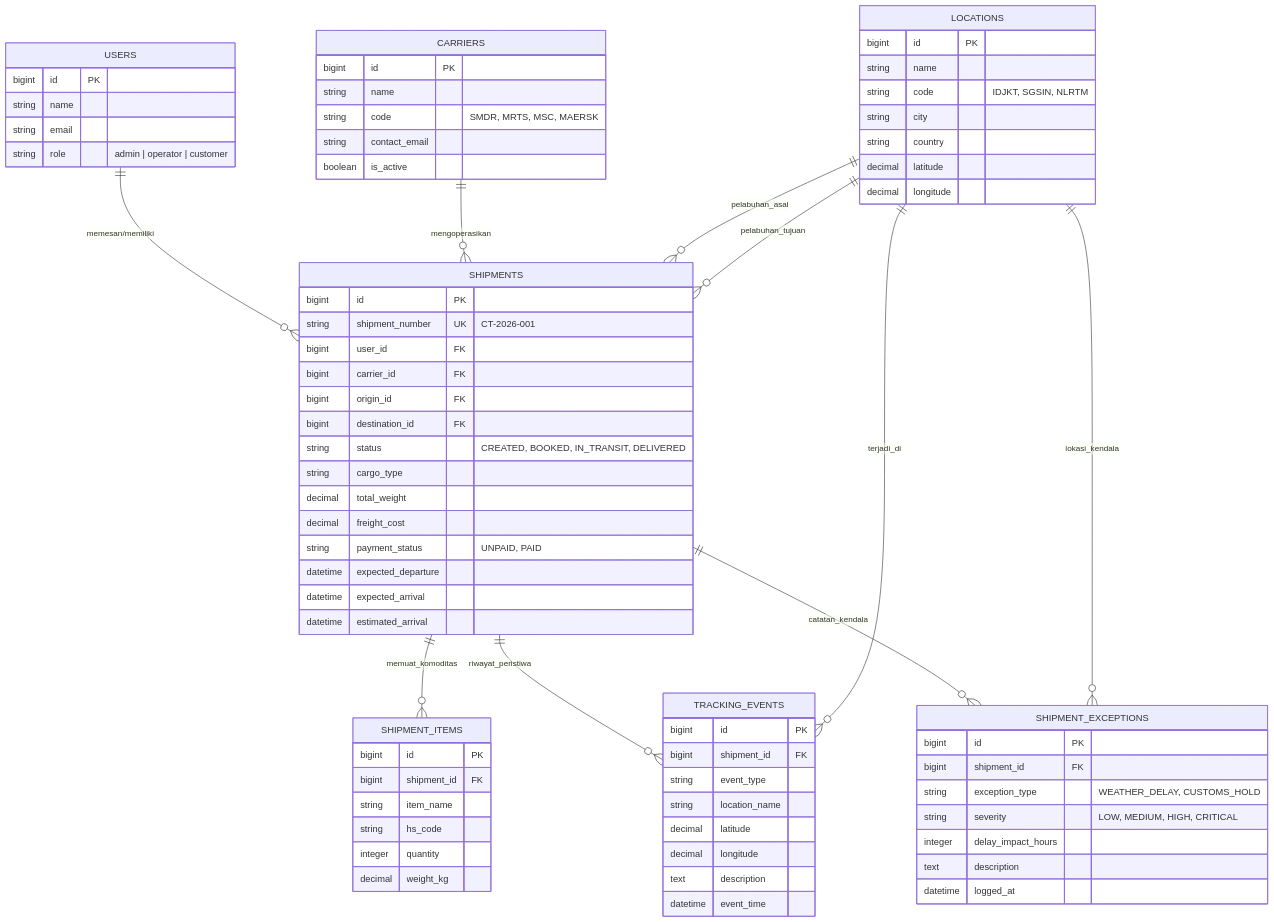
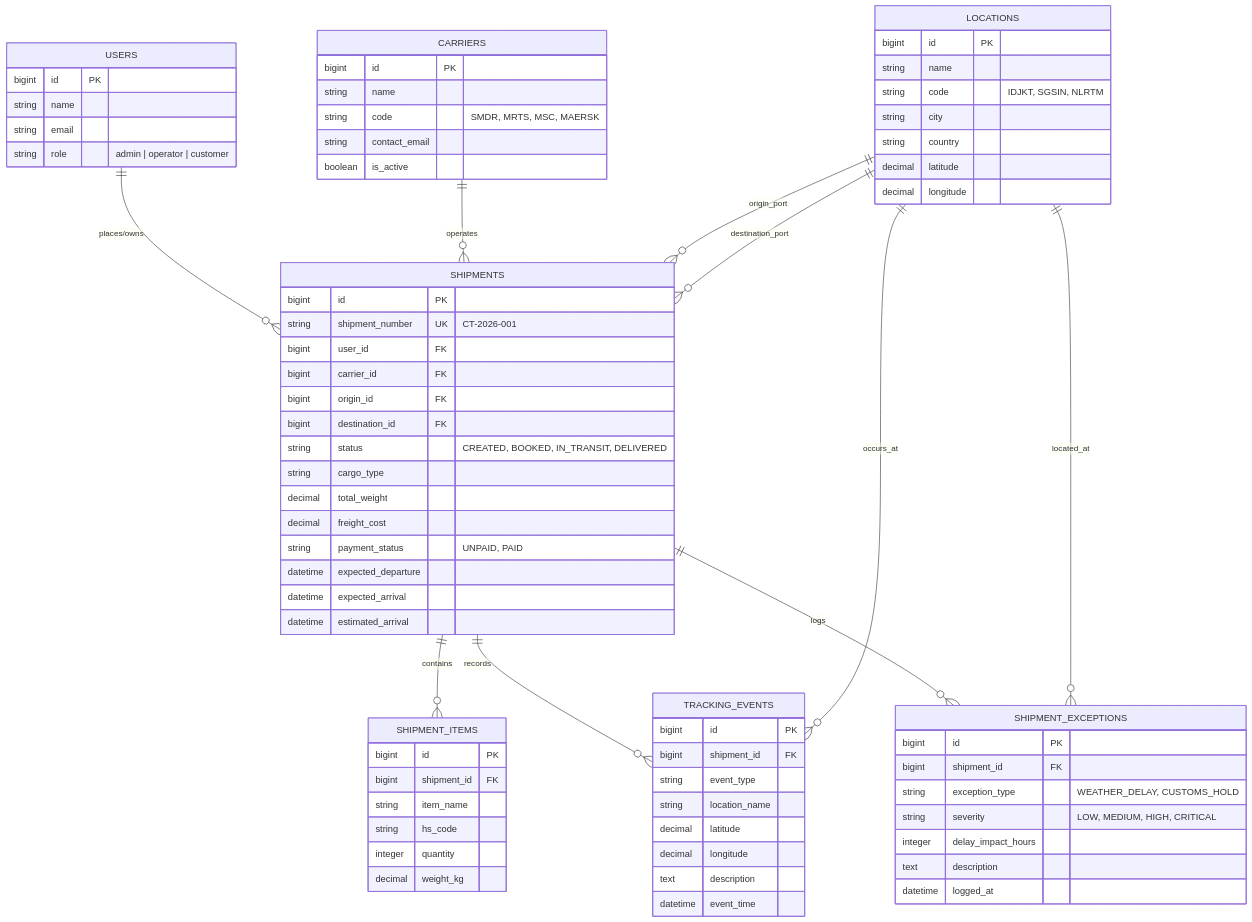
The diagram in README.md (yesiclaudia89-crypto/cargotrace), drawn with Mermaid before and after one commit. The commit also changed other lines of this file, not shown here.

````diff
--- a/README.md
+++ b/README.md
@@ -95,14 +95,14 @@
 ```mermaid
 erDiagram
-    USERS ||--o{ SHIPMENTS : "memesan/memiliki"
-    CARRIERS ||--o{ SHIPMENTS : "mengoperasikan"
-    LOCATIONS ||--o{ SHIPMENTS : "pelabuhan_asal"
-    LOCATIONS ||--o{ SHIPMENTS : "pelabuhan_tujuan"
-    SHIPMENTS ||--o{ SHIPMENT_ITEMS : "memuat_komoditas"
-    SHIPMENTS ||--o{ TRACKING_EVENTS : "riwayat_peristiwa"
-    SHIPMENTS ||--o{ SHIPMENT_EXCEPTIONS : "catatan_kendala"
-    LOCATIONS ||--o{ TRACKING_EVENTS : "terjadi_di"
-    LOCATIONS ||--o{ SHIPMENT_EXCEPTIONS : "lokasi_kendala"
+    USERS ||--o{ SHIPMENTS : "places/owns"
+    CARRIERS ||--o{ SHIPMENTS : "operates"
+    LOCATIONS ||--o{ SHIPMENTS : "origin_port"
+    LOCATIONS ||--o{ SHIPMENTS : "destination_port"
+    SHIPMENTS ||--o{ SHIPMENT_ITEMS : "contains"
+    SHIPMENTS ||--o{ TRACKING_EVENTS : "records"
+    SHIPMENTS ||--o{ SHIPMENT_EXCEPTIONS : "logs"
+    LOCATIONS ||--o{ TRACKING_EVENTS : "occurs_at"
+    LOCATIONS ||--o{ SHIPMENT_EXCEPTIONS : "located_at"
 
     USERS {
         bigint id PK
````
